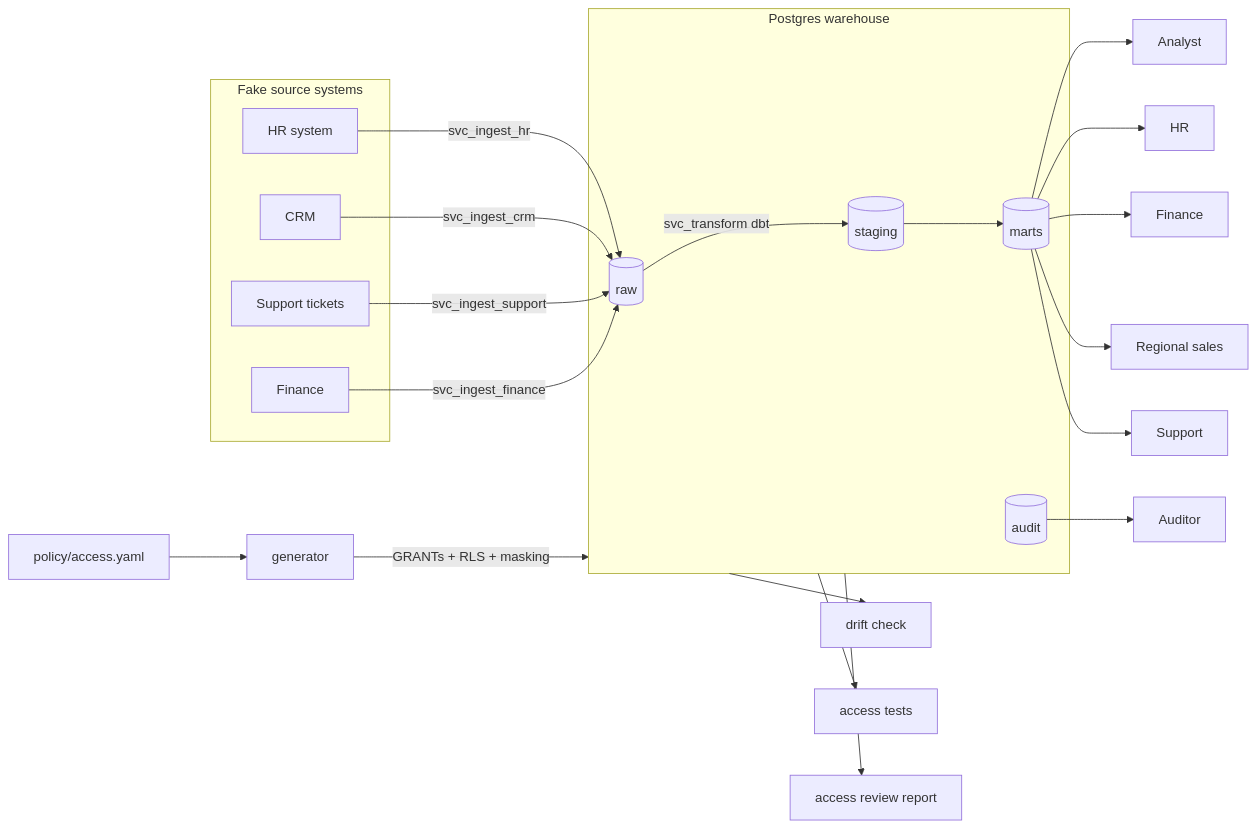
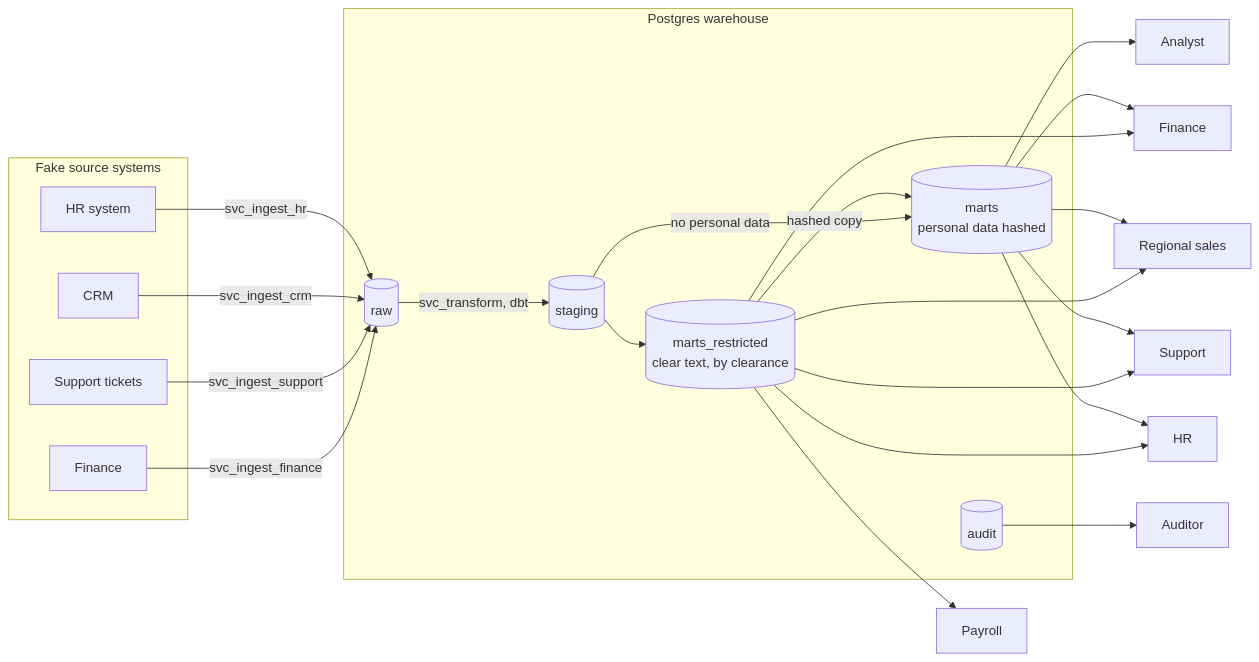
One commit to OctagonIntel/SystemArch changed the first of 2 diagrams in README.md. Above: the diagram before and after it, drawn with Mermaid. The commit also changed other lines of this file and 13 other files, not shown here.

Commit message:
Phase 4: access review report

````diff
--- a/README.md
+++ b/README.md
@@ -7,27 +7,28 @@
 ```mermaid
 flowchart LR
   subgraph Sources[Fake source systems]
     HR[HR system]
     CRM[CRM]
     SUP[Support tickets]
     FIN[Finance]
   end
 
   subgraph WH[Postgres warehouse]
     RAW[(raw)]
     STG[(staging)]
-    MART[(marts)]
+    MART[(marts<br/>personal data hashed)]
+    REST[(marts_restricted<br/>clear text, by clearance)]
     AUD[(audit)]
   end
 
   HR -->|svc_ingest_hr| RAW
   CRM -->|svc_ingest_crm| RAW
   SUP -->|svc_ingest_support| RAW
   FIN -->|svc_ingest_finance| RAW
-  RAW -->|svc_transform dbt| STG --> MART
+  RAW -->|svc_transform, dbt| STG --> REST -->|hashed copy| MART
+  STG -->|no personal data| MART
 
-  POL[policy/access.yaml] --> GEN[generator] -->|GRANTs + RLS + masking| WH
-  MART --> Analyst & HRrole[HR] & Finance & Sales[Regional sales] & Support
+  MART --> Analyst & Finance & Sales[Regional sales] & Support & HRrole[HR]
+  REST --> Finance & Sales & Support & HRrole & Payroll
   AUD --> Auditor
-  WH --> DRIFT[drift check] & TESTS[access tests] & REPORT[access review report]
 ```
````
